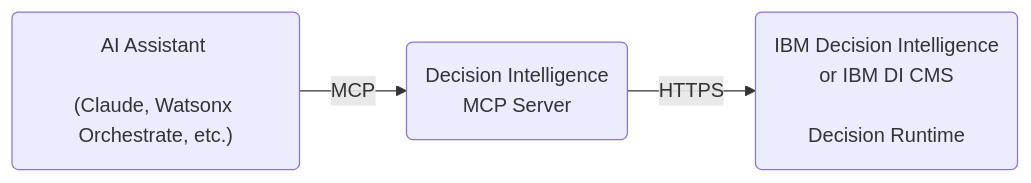
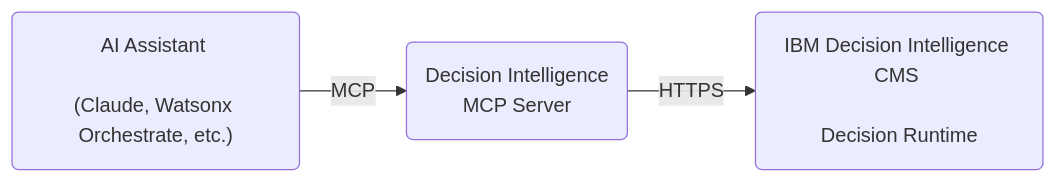
One commit to DecisionsDev/ibm-decision-intelligence-mcp-server changed the first of 2 diagrams in README.md. Above: the diagram before and after it, drawn with Mermaid. The commit also changed other lines of this file, not shown here.

First line of the commit message:
docs: README now targets IBM DI CMS only

````diff
--- a/README.md
+++ b/README.md
@@ -5,5 +5,5 @@
 ```mermaid
 flowchart LR
    client("AI Assistant <br><br>(Claude, Watsonx Orchestrate, etc.)") -- MCP --> server("Decision Intelligence<br>MCP Server")
-   server -- HTTPS --> runtime("IBM Decision Intelligence <br>or IBM DI CMS <br><br>Decision Runtime")
+   server -- HTTPS --> runtime("IBM Decision Intelligence CMS <br><br>Decision Runtime")
 ```
````
